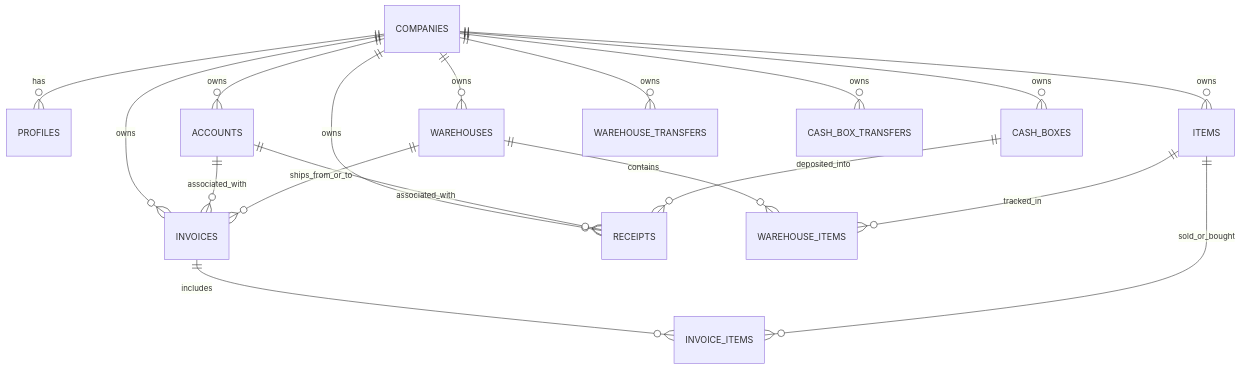
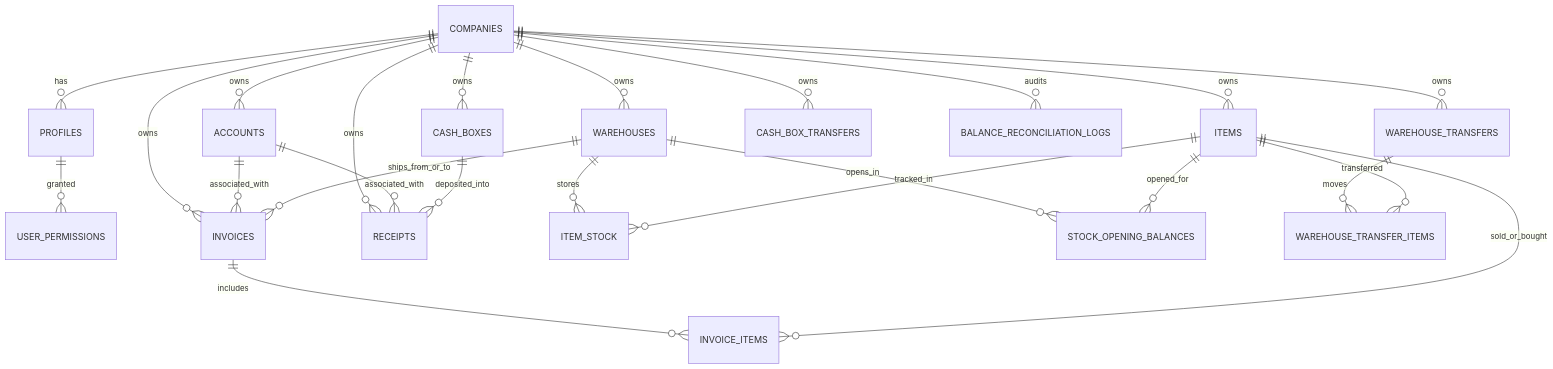
The diagram in docs/architecture/DATABASE.md (xCaproX/MaksabPlus), drawn with Mermaid before and after one commit. The commit also changed other lines of this file and 6 other files, not shown here.

Commit message:
docs: sync README and architecture docs with migrations 0074-0080 and current UI/schema

````diff
--- a/docs/architecture/DATABASE.md
+++ b/docs/architecture/DATABASE.md
@@ -9,21 +9,27 @@
 ```mermaid
 erDiagram
     COMPANIES ||--o{ PROFILES : has
+    PROFILES ||--o{ USER_PERMISSIONS : granted
     COMPANIES ||--o{ ACCOUNTS : owns
     COMPANIES ||--o{ ITEMS : owns
     COMPANIES ||--o{ WAREHOUSES : owns
     COMPANIES ||--o{ CASH_BOXES : owns
     COMPANIES ||--o{ INVOICES : owns
     COMPANIES ||--o{ RECEIPTS : owns
     COMPANIES ||--o{ WAREHOUSE_TRANSFERS : owns
     COMPANIES ||--o{ CASH_BOX_TRANSFERS : owns
+    COMPANIES ||--o{ BALANCE_RECONCILIATION_LOGS : audits
 
     ACCOUNTS ||--o{ INVOICES : associated_with
     ACCOUNTS ||--o{ RECEIPTS : associated_with
-    WAREHOUSES ||--o{ WAREHOUSE_ITEMS : contains
-    ITEMS ||--o{ WAREHOUSE_ITEMS : tracked_in
+    WAREHOUSES ||--o{ ITEM_STOCK : stores
+    ITEMS ||--o{ ITEM_STOCK : tracked_in
+    WAREHOUSES ||--o{ STOCK_OPENING_BALANCES : opens_in
+    ITEMS ||--o{ STOCK_OPENING_BALANCES : opened_for
     INVOICES ||--o{ INVOICE_ITEMS : includes
     ITEMS ||--o{ INVOICE_ITEMS : sold_or_bought
     CASH_BOXES ||--o{ RECEIPTS : deposited_into
     WAREHOUSES ||--o{ INVOICES : ships_from_or_to
+    WAREHOUSE_TRANSFERS ||--o{ WAREHOUSE_TRANSFER_ITEMS : moves
+    ITEMS ||--o{ WAREHOUSE_TRANSFER_ITEMS : transferred
 ```
````
